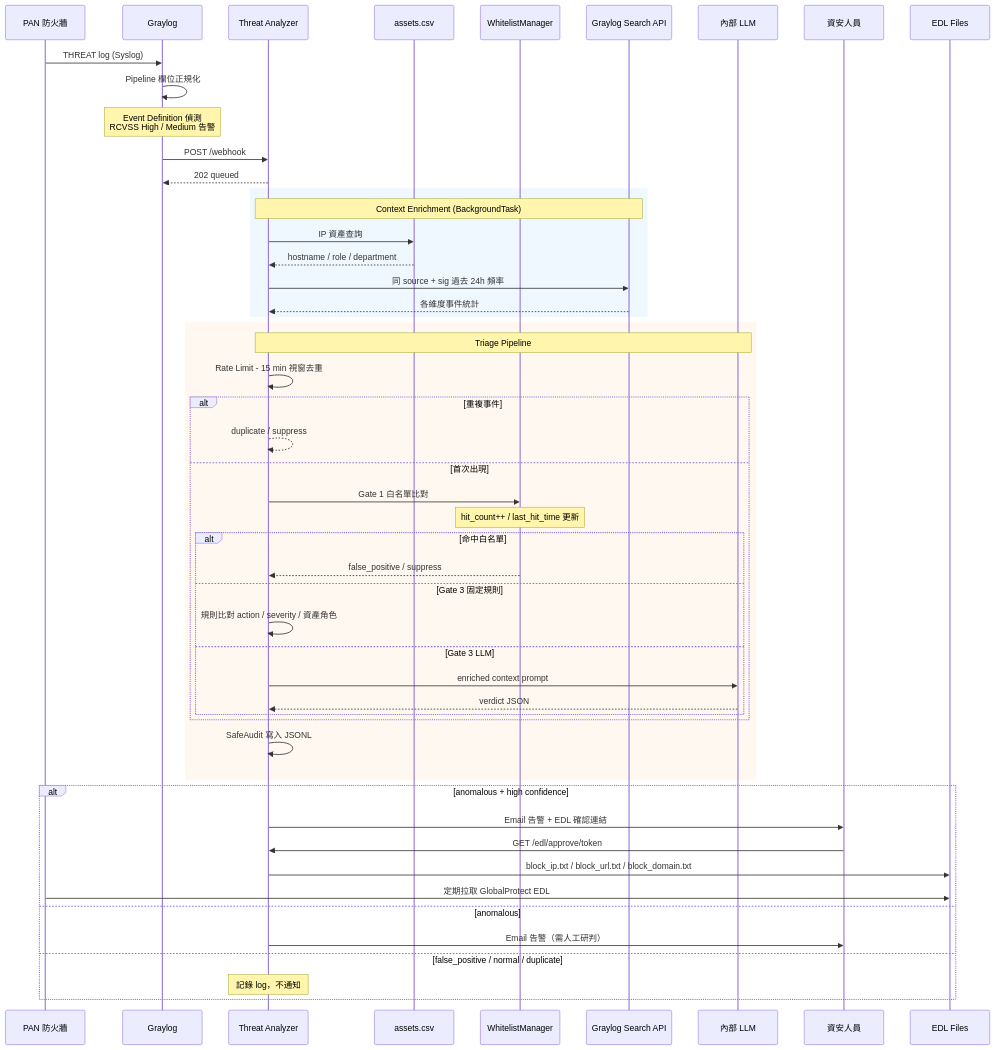
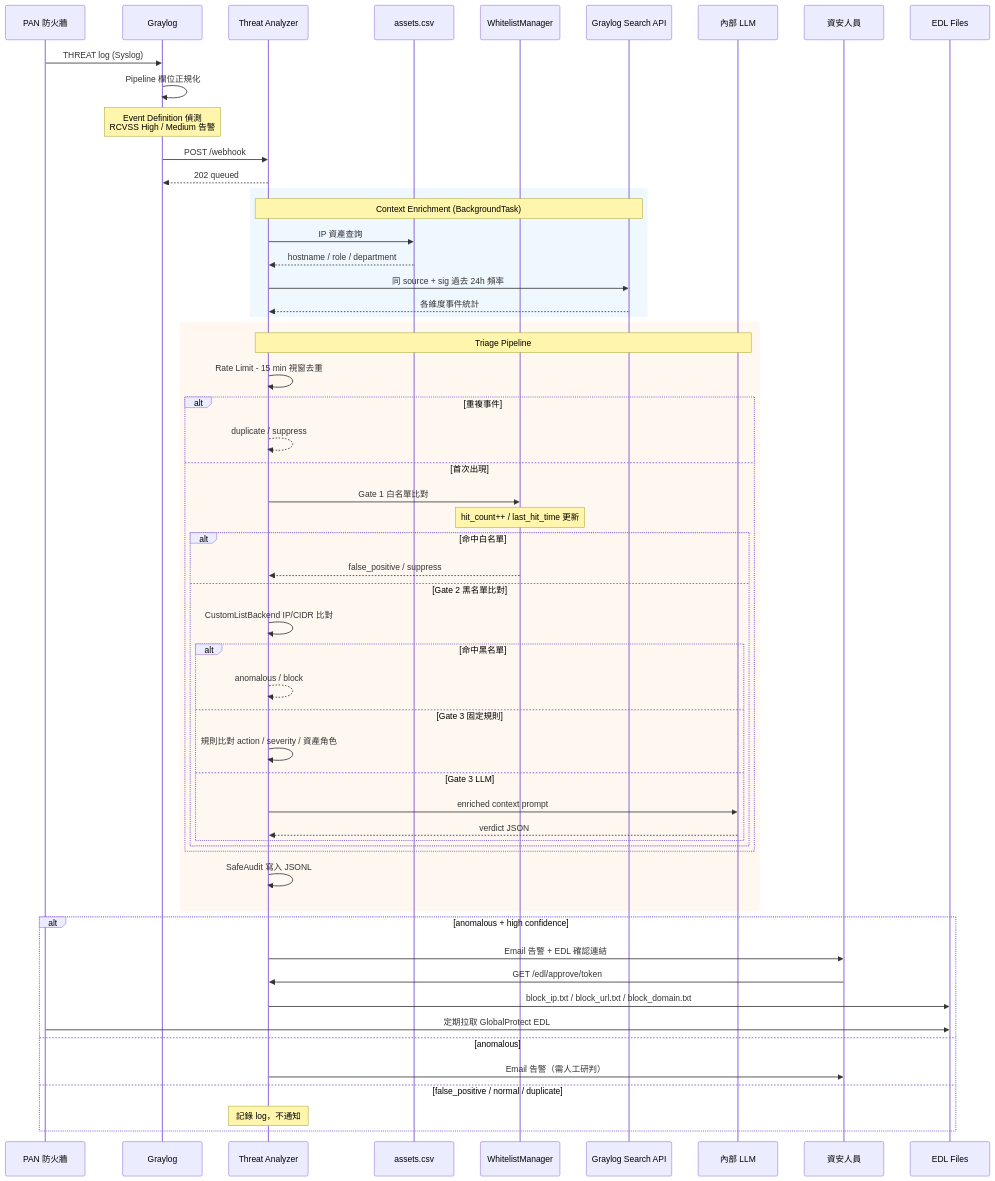
Before and after one commit to subineru/graylog-threat-analyzer: the diagram in README.md, drawn with Mermaid. The commit also changed other lines of this file, not shown here.

````diff
--- a/README.md
+++ b/README.md
@@ -21,57 +23,62 @@
 ```mermaid
 sequenceDiagram
     participant PA as PAN 防火牆
     participant GL as Graylog
     participant TA as Threat Analyzer
     participant Assets as assets.csv
     participant WL as WhitelistManager
     participant GLAPI as Graylog Search API
     participant LLM as 內部 LLM
     participant Analyst as 資安人員
     participant EDL as EDL Files
 
     PA->>GL: THREAT log (Syslog)
     GL->>GL: Pipeline 欄位正規化
     Note over GL: Event Definition 偵測<br/>RCVSS High / Medium 告警
     GL->>TA: POST /webhook
     TA-->>GL: 202 queued
 
     rect rgb(240, 248, 255)
         Note over TA,GLAPI: Context Enrichment (BackgroundTask)
         TA->>Assets: IP 資產查詢
         Assets-->>TA: hostname / role / department
         TA->>GLAPI: 同 source + sig 過去 24h 頻率
         GLAPI-->>TA: 各維度事件統計
     end
 
     rect rgb(255, 248, 240)
         Note over TA,LLM: Triage Pipeline
         TA->>TA: Rate Limit - 15 min 視窗去重
         alt 重複事件
             TA-->>TA: duplicate / suppress
         else 首次出現
             TA->>WL: Gate 1 白名單比對
             Note over WL: hit_count++ / last_hit_time 更新
             alt 命中白名單
                 WL-->>TA: false_positive / suppress
-            else Gate 3 固定規則
-                TA->>TA: 規則比對 action / severity / 資產角色
-            else Gate 3 LLM
-                TA->>LLM: enriched context prompt
-                LLM-->>TA: verdict JSON
+            else Gate 2 黑名單比對
+                TA->>TA: CustomListBackend IP/CIDR 比對
+                alt 命中黑名單
+                    TA-->>TA: anomalous / block
+                else Gate 3 固定規則
+                    TA->>TA: 規則比對 action / severity / 資產角色
+                else Gate 3 LLM
+                    TA->>LLM: enriched context prompt
+                    LLM-->>TA: verdict JSON
+                end
             end
         end
         TA->>TA: SafeAudit 寫入 JSONL
     end
 
     alt anomalous + high confidence
         TA->>Analyst: Email 告警 + EDL 確認連結
         Analyst->>TA: GET /edl/approve/token
         TA->>EDL: block_ip.txt / block_url.txt / block_domain.txt
         PA->>EDL: 定期拉取 GlobalProtect EDL
     else anomalous
         TA->>Analyst: Email 告警（需人工研判）
     else false_positive / normal / duplicate
         Note over TA: 記錄 log，不通知
     end
 ```
````
